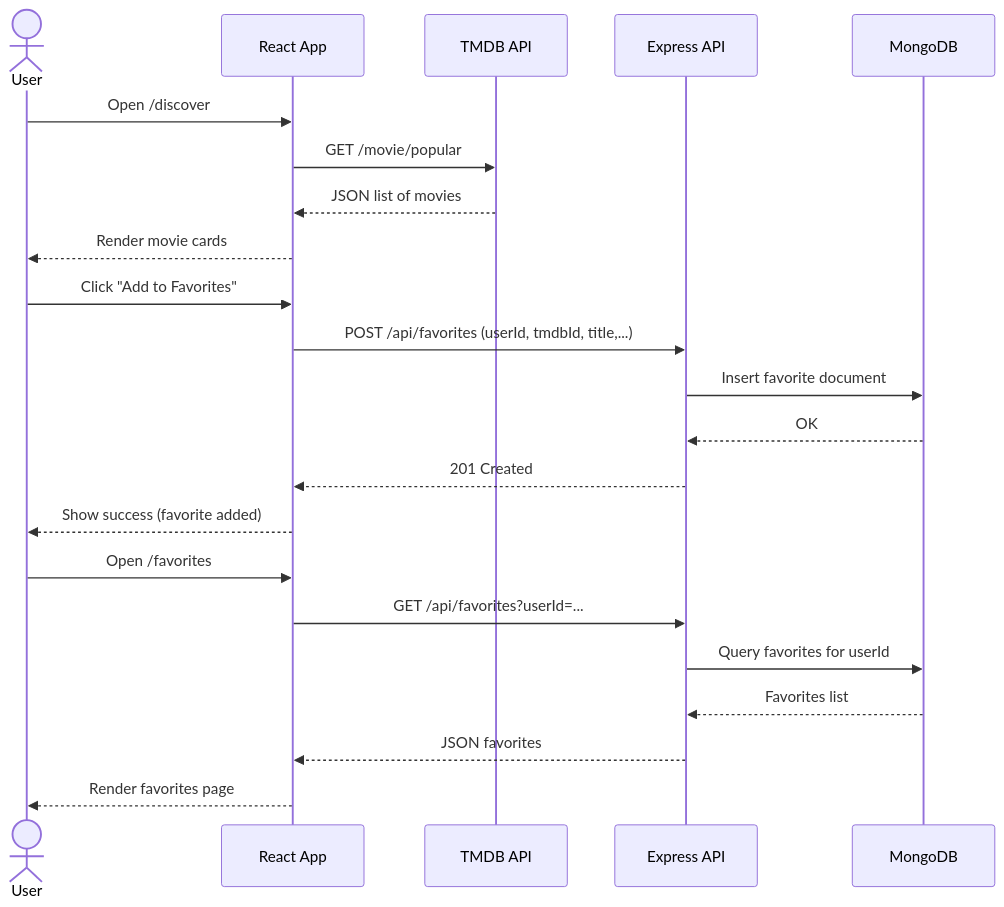
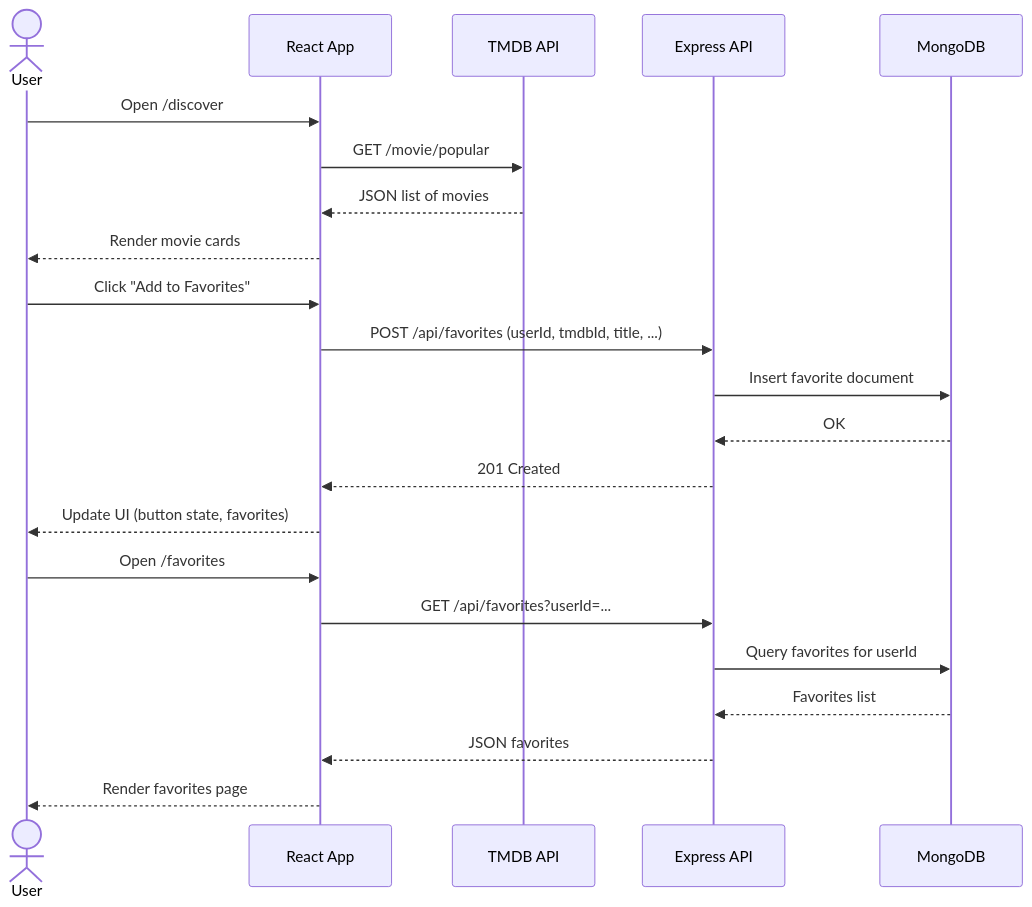
One commit to smp1993/capstone-movie-app changed the diagram in README.md. Above: the diagram before and after it, drawn with Mermaid. The commit also changed other lines of this file, not shown here.

````diff
--- a/README.md
+++ b/README.md
@@ -117,27 +290,27 @@
 ```mermaid
 sequenceDiagram
   actor User
   participant Browser as React App
   participant TMDB as TMDB API
   participant Backend as Express API
   participant Mongo as MongoDB
 
   User->>Browser: Open /discover
   Browser->>TMDB: GET /movie/popular
   TMDB-->>Browser: JSON list of movies
   Browser-->>User: Render movie cards
 
   User->>Browser: Click "Add to Favorites"
-  Browser->>Backend: POST /api/favorites (userId, tmdbId, title,...)
+  Browser->>Backend: POST /api/favorites (userId, tmdbId, title, ...)
   Backend->>Mongo: Insert favorite document
   Mongo-->>Backend: OK
   Backend-->>Browser: 201 Created
-  Browser-->>User: Show success (favorite added)
+  Browser-->>User: Update UI (button state, favorites)
 
   User->>Browser: Open /favorites
   Browser->>Backend: GET /api/favorites?userId=...
   Backend->>Mongo: Query favorites for userId
   Mongo-->>Backend: Favorites list
   Backend-->>Browser: JSON favorites
   Browser-->>User: Render favorites page
 ```
````
